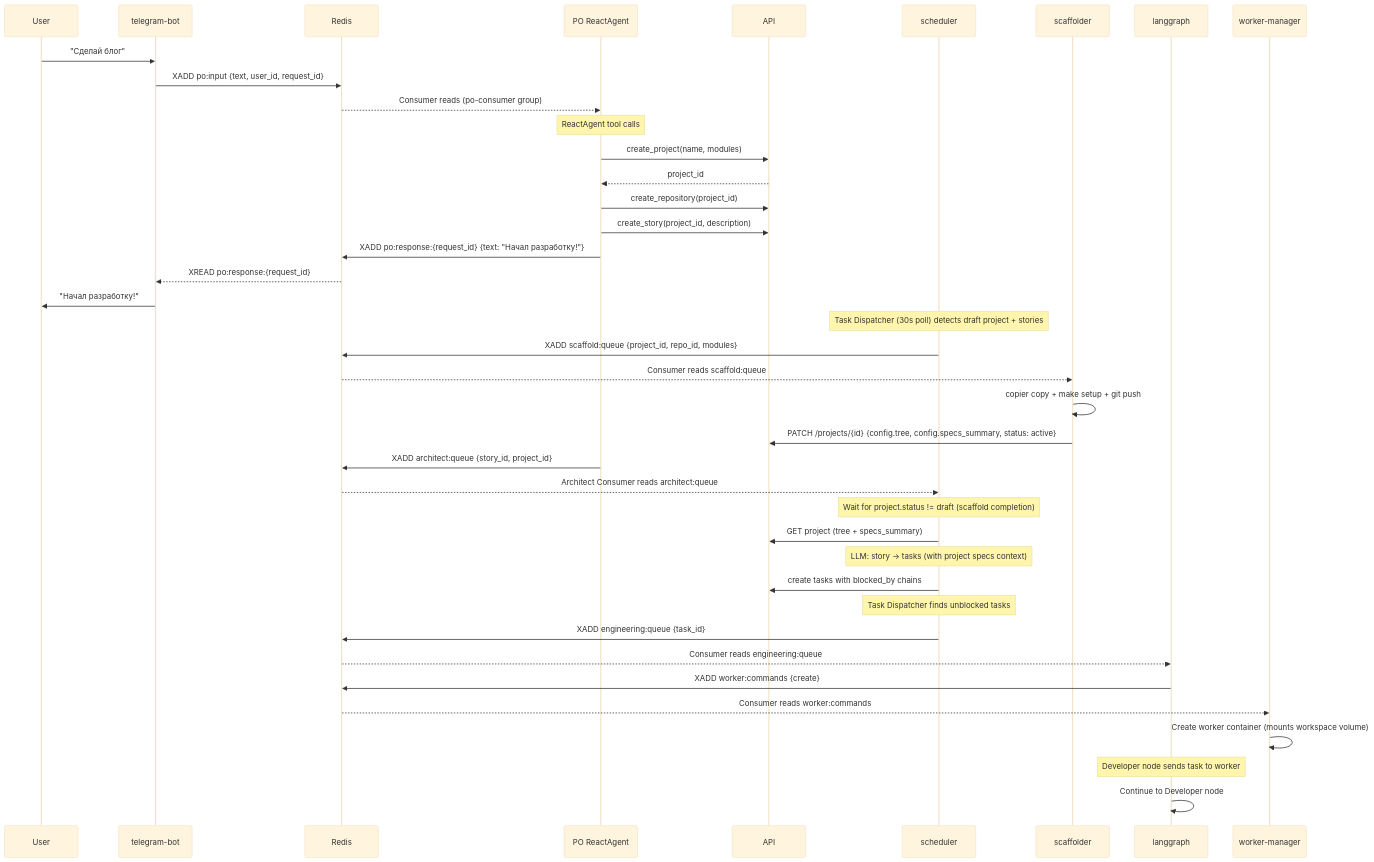
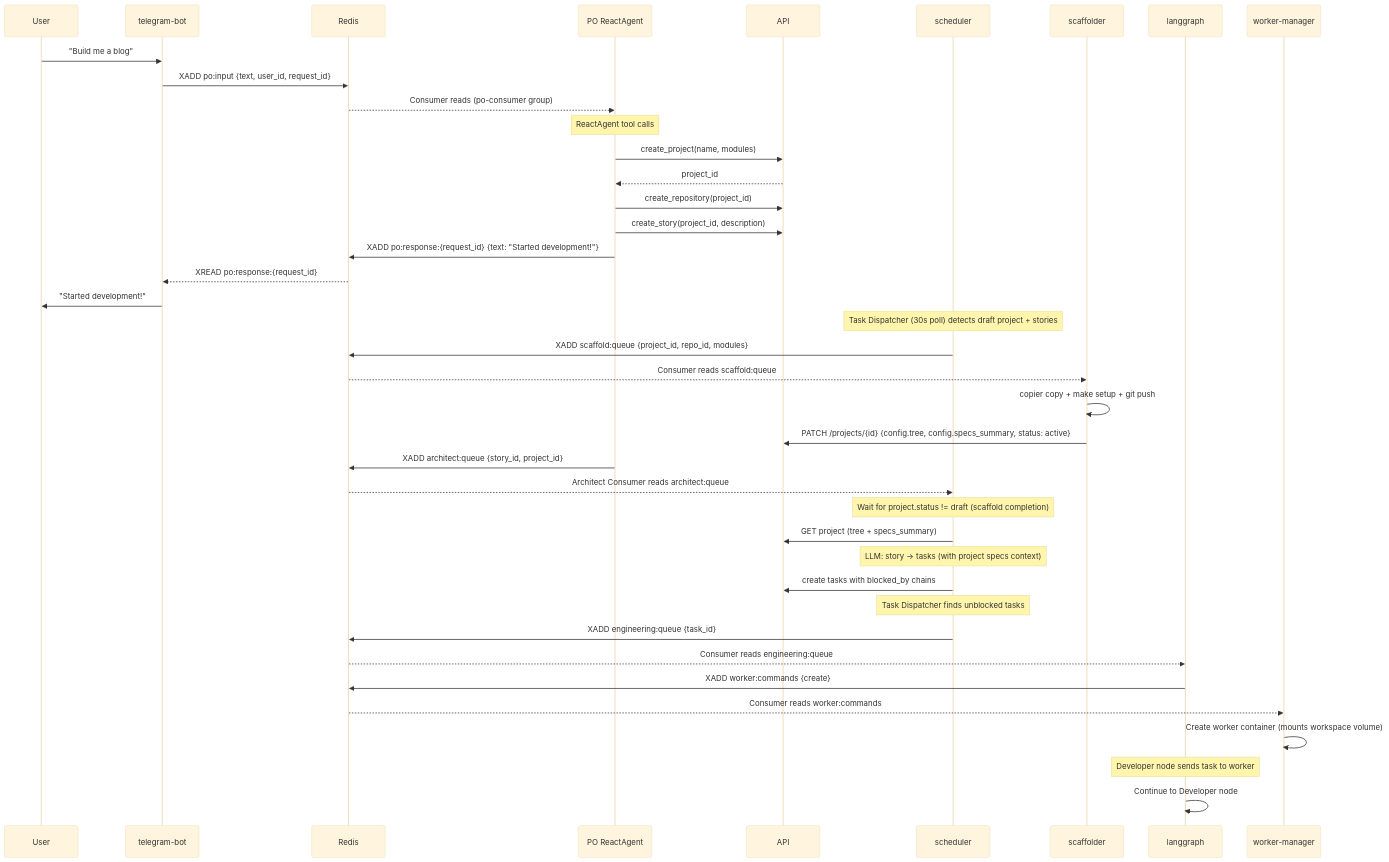
Before and after one commit to vladmesh/codegen_orchestrator: the first of 3 diagrams in docs/CONTRACTS.md, drawn with Mermaid (base theme). The commit also changed other lines of this file and 19 other files, not shown here.

````diff
--- a/docs/CONTRACTS.md
+++ b/docs/CONTRACTS.md
@@ -185,47 +185,47 @@
 ```mermaid
 sequenceDiagram
     participant User
     participant TG as telegram-bot
     participant Redis
     participant PO as PO ReactAgent
     participant API
     participant SCH as scheduler
     participant SCF as scaffolder
     participant LG as langgraph
     participant WM as worker-manager
 
-    User->>TG: "Сделай блог"
+    User->>TG: "Build me a blog"
     TG->>Redis: XADD po:input {text, user_id, request_id}
     Redis-->>PO: Consumer reads (po-consumer group)
 
     Note over PO: ReactAgent tool calls
     PO->>API: create_project(name, modules)
     API-->>PO: project_id
     PO->>API: create_repository(project_id)
     PO->>API: create_story(project_id, description)
-    PO->>Redis: XADD po:response:{request_id} {text: "Начал разработку!"}
+    PO->>Redis: XADD po:response:{request_id} {text: "Started development!"}
     Redis-->>TG: XREAD po:response:{request_id}
-    TG->>User: "Начал разработку!"
+    TG->>User: "Started development!"
 
     Note over SCH: Task Dispatcher (30s poll) detects draft project + stories
     SCH->>Redis: XADD scaffold:queue {project_id, repo_id, modules}
     Redis-->>SCF: Consumer reads scaffold:queue
     SCF->>SCF: copier copy + make setup + git push
     SCF->>API: PATCH /projects/{id} {config.tree, config.specs_summary, status: active}
 
     PO->>Redis: XADD architect:queue {story_id, project_id}
     Redis-->>SCH: Architect Consumer reads architect:queue
     Note over SCH: Wait for project.status != draft (scaffold completion)
     SCH->>API: GET project (tree + specs_summary)
     Note over SCH: LLM: story → tasks (with project specs context)
     SCH->>API: create tasks with blocked_by chains
 
     Note over SCH: Task Dispatcher finds unblocked tasks
     SCH->>Redis: XADD engineering:queue {task_id}
     Redis-->>LG: Consumer reads engineering:queue
     LG->>Redis: XADD worker:commands {create}
     Redis-->>WM: Consumer reads worker:commands
     WM->>WM: Create worker container (mounts workspace volume)
     Note over LG: Developer node sends task to worker
     LG->>LG: Continue to Developer node
 ```
````
